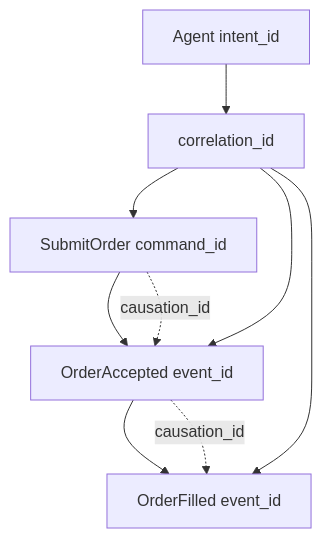
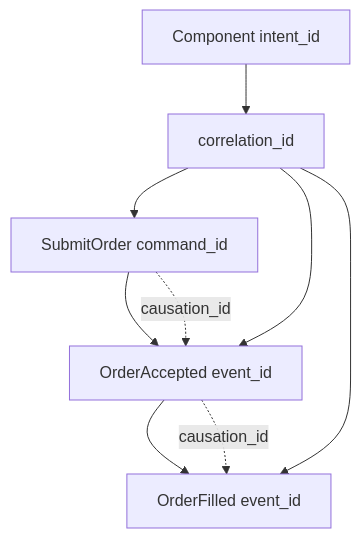
The second of 5 diagrams in docs/concepts/event_sourcing.md (nautechsystems/nautilus_trader), drawn with Mermaid before and after one commit. The commit also changed other lines of this file and 3 other files, not shown here.

````diff
--- a/docs/concepts/event_sourcing.md
+++ b/docs/concepts/event_sourcing.md
@@ -150,11 +150,11 @@
 ```mermaid
 flowchart TD
-    Intent["Agent intent_id"] --> Correlation["correlation_id"]
+    Intent["Component intent_id"] --> Correlation["correlation_id"]
     Command["SubmitOrder command_id"] --> Event["OrderAccepted event_id"]
     Event --> Fill["OrderFilled event_id"]
     Correlation --> Command
     Correlation --> Event
     Correlation --> Fill
     Command -. "causation_id" .-> Event
     Event -. "causation_id" .-> Fill
 ```
````
